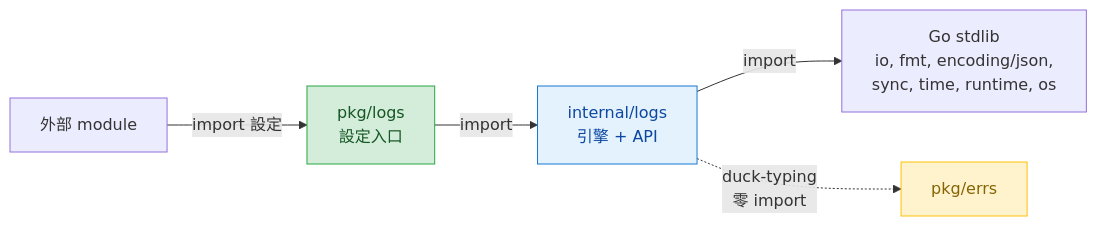
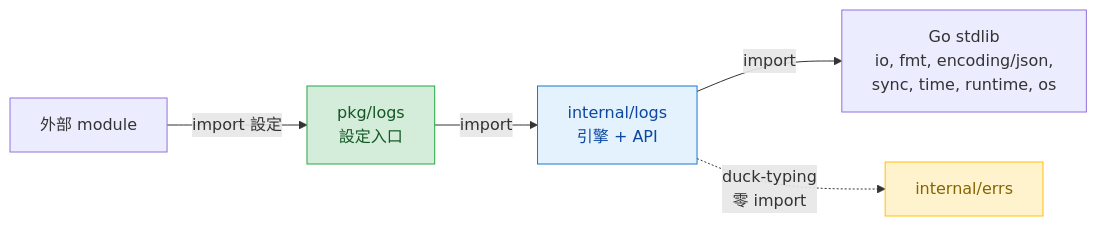
Before and after one commit to Aery9527/golang-example: the second of 4 diagrams in docs/logs-design.md, drawn with Mermaid. The commit also changed other lines of this file and 8 other files, not shown here.

First line of the commit message:
refactor: move pkg/errs to internal/errs

````diff
--- a/docs/logs-design.md
+++ b/docs/logs-design.md
@@ -114,17 +114,17 @@
 ```mermaid
 flowchart LR
     ext["外部 module"]
     pkg["pkg/logs<br/>設定入口"]
     internal["internal/logs<br/>引擎 + API"]
     stdlib["Go stdlib<br/>io, fmt, encoding/json,<br/>sync, time, runtime, os"]
-    errs["pkg/errs"]
+    errs["internal/errs"]
 
     ext -->|"import 設定"| pkg
     pkg -->|"import"| internal
     internal -->|"import"| stdlib
     internal -.->|"duck-typing<br/>零 import"| errs
 
     style pkg fill:#d4edda,stroke:#28a745,color:#155724
     style internal fill:#e3f2fd,stroke:#1976d2,color:#0d47a1
     style errs fill:#fff3cd,stroke:#ffc107,color:#856404
 ```
````
